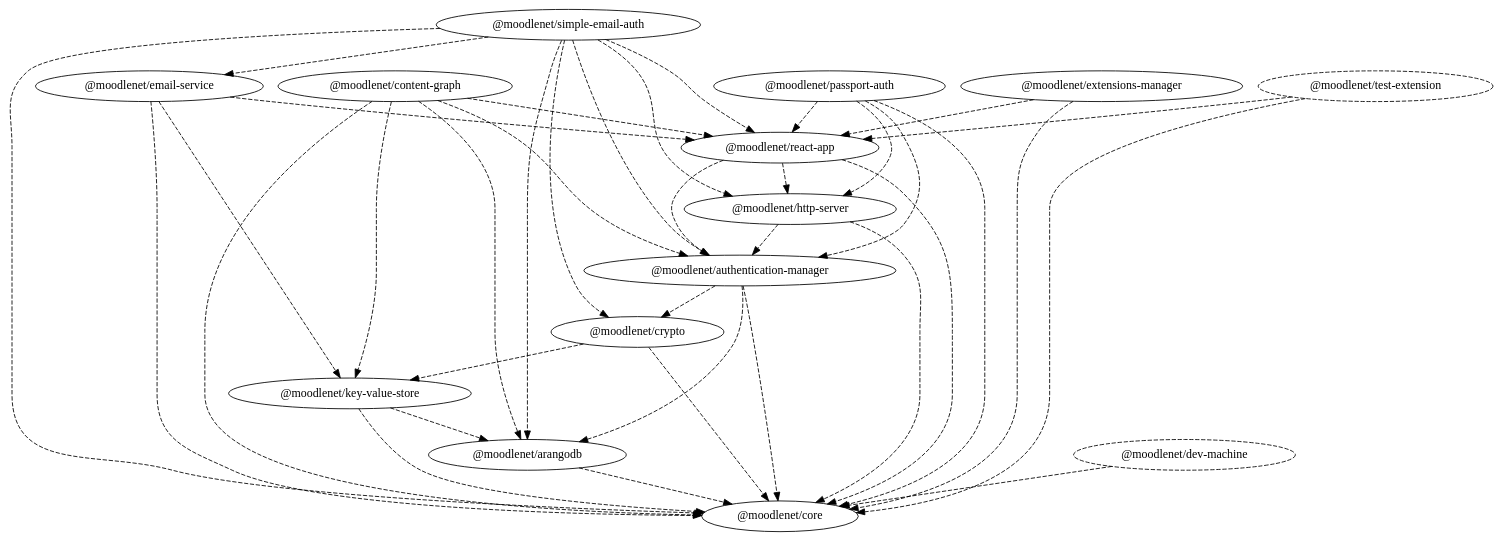
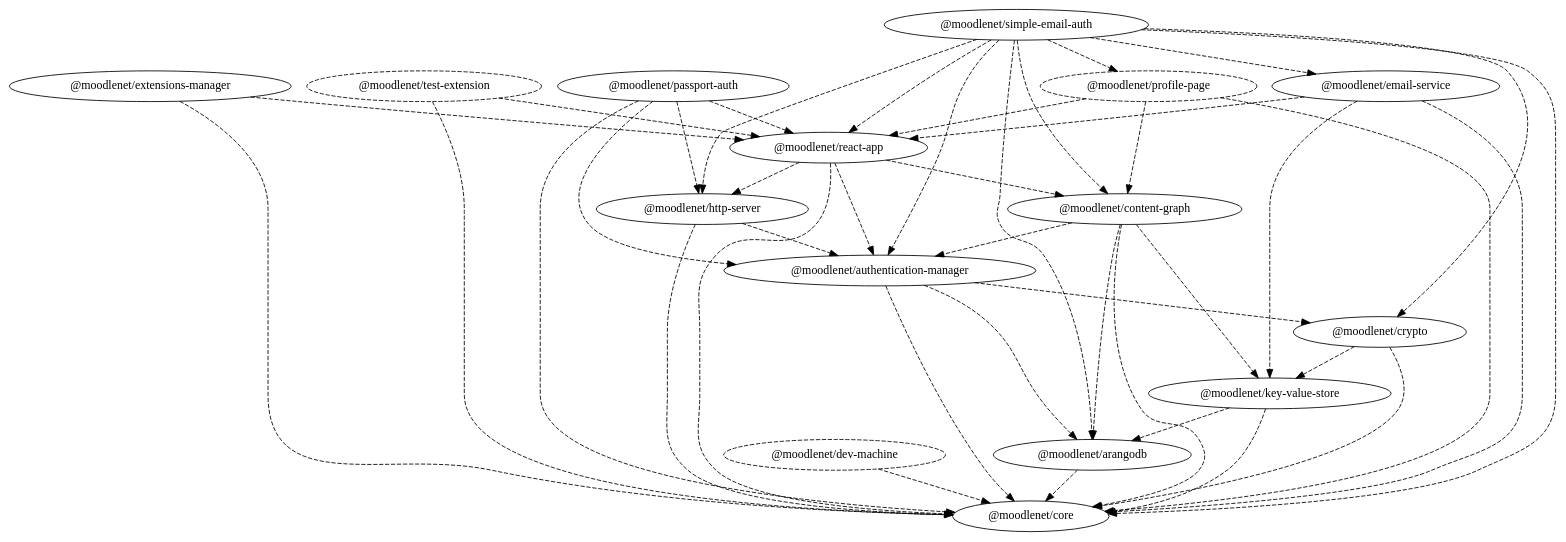
Before and after one commit to moodle/moodlenet: the diagram in dependency-graph.dot, drawn with Graphviz. The commit also changed 21 other files, not shown here.

```diff
--- a/dependency-graph.dot
+++ b/dependency-graph.dot
@@ -1,53 +1,59 @@
 digraph G {
   "@moodlenet/arangodb";
   "@moodlenet/core";
   "@moodlenet/authentication-manager";
   "@moodlenet/crypto";
   "@moodlenet/content-graph";
-  "@moodlenet/react-app";
   "@moodlenet/key-value-store";
   "@moodlenet/dev-machine" [ style = "dashed" ];
   "@moodlenet/email-service";
+  "@moodlenet/react-app";
   "@moodlenet/extensions-manager";
   "@moodlenet/http-server";
   "@moodlenet/passport-auth";
+  "@moodlenet/profile-page" [ style = "dashed" ];
   "@moodlenet/simple-email-auth";
   "@moodlenet/test-extension" [ style = "dashed" ];
   "@moodlenet/arangodb" -> "@moodlenet/core" [ style = "dashed" ];
   "@moodlenet/authentication-manager" -> "@moodlenet/arangodb" [ style = "dashed" ];
   "@moodlenet/authentication-manager" -> "@moodlenet/core" [ style = "dashed" ];
   "@moodlenet/authentication-manager" -> "@moodlenet/crypto" [ style = "dashed" ];
   "@moodlenet/content-graph" -> "@moodlenet/arangodb" [ style = "dashed" ];
   "@moodlenet/content-graph" -> "@moodlenet/authentication-manager" [ style = "dashed" ];
   "@moodlenet/content-graph" -> "@moodlenet/core" [ style = "dashed" ];
-  "@moodlenet/content-graph" -> "@moodlenet/react-app" [ style = "dashed" ];
   "@moodlenet/content-graph" -> "@moodlenet/key-value-store" [ style = "dashed" ];
   "@moodlenet/crypto" -> "@moodlenet/core" [ style = "dashed" ];
   "@moodlenet/crypto" -> "@moodlenet/key-value-store" [ style = "dashed" ];
   "@moodlenet/dev-machine" -> "@moodlenet/core" [ style = "dashed" ];
   "@moodlenet/email-service" -> "@moodlenet/core" [ style = "dashed" ];
   "@moodlenet/email-service" -> "@moodlenet/key-value-store" [ style = "dashed" ];
   "@moodlenet/email-service" -> "@moodlenet/react-app" [ style = "dashed" ];
   "@moodlenet/extensions-manager" -> "@moodlenet/core" [ style = "dashed" ];
   "@moodlenet/extensions-manager" -> "@moodlenet/react-app" [ style = "dashed" ];
   "@moodlenet/http-server" -> "@moodlenet/authentication-manager" [ style = "dashed" ];
   "@moodlenet/http-server" -> "@moodlenet/core" [ style = "dashed" ];
   "@moodlenet/key-value-store" -> "@moodlenet/arangodb" [ style = "dashed" ];
   "@moodlenet/key-value-store" -> "@moodlenet/core" [ style = "dashed" ];
   "@moodlenet/passport-auth" -> "@moodlenet/authentication-manager" [ style = "dashed" ];
   "@moodlenet/passport-auth" -> "@moodlenet/core" [ style = "dashed" ];
   "@moodlenet/passport-auth" -> "@moodlenet/http-server" [ style = "dashed" ];
   "@moodlenet/passport-auth" -> "@moodlenet/react-app" [ style = "dashed" ];
+  "@moodlenet/profile-page" -> "@moodlenet/content-graph" [ style = "dashed" ];
+  "@moodlenet/profile-page" -> "@moodlenet/core" [ style = "dashed" ];
+  "@moodlenet/profile-page" -> "@moodlenet/react-app" [ style = "dashed" ];
   "@moodlenet/react-app" -> "@moodlenet/authentication-manager" [ style = "dashed" ];
   "@moodlenet/react-app" -> "@moodlenet/core" [ style = "dashed" ];
   "@moodlenet/react-app" -> "@moodlenet/http-server" [ style = "dashed" ];
+  "@moodlenet/react-app" -> "@moodlenet/content-graph" [ style = "dashed" ];
   "@moodlenet/simple-email-auth" -> "@moodlenet/arangodb" [ style = "dashed" ];
   "@moodlenet/simple-email-auth" -> "@moodlenet/authentication-manager" [ style = "dashed" ];
+  "@moodlenet/simple-email-auth" -> "@moodlenet/content-graph" [ style = "dashed" ];
   "@moodlenet/simple-email-auth" -> "@moodlenet/core" [ style = "dashed" ];
   "@moodlenet/simple-email-auth" -> "@moodlenet/crypto" [ style = "dashed" ];
   "@moodlenet/simple-email-auth" -> "@moodlenet/email-service" [ style = "dashed" ];
   "@moodlenet/simple-email-auth" -> "@moodlenet/http-server" [ style = "dashed" ];
   "@moodlenet/simple-email-auth" -> "@moodlenet/react-app" [ style = "dashed" ];
+  "@moodlenet/simple-email-auth" -> "@moodlenet/profile-page" [ style = "dashed" ];
   "@moodlenet/test-extension" -> "@moodlenet/core" [ style = "dashed" ];
   "@moodlenet/test-extension" -> "@moodlenet/react-app" [ style = "dashed" ];
 }
```
